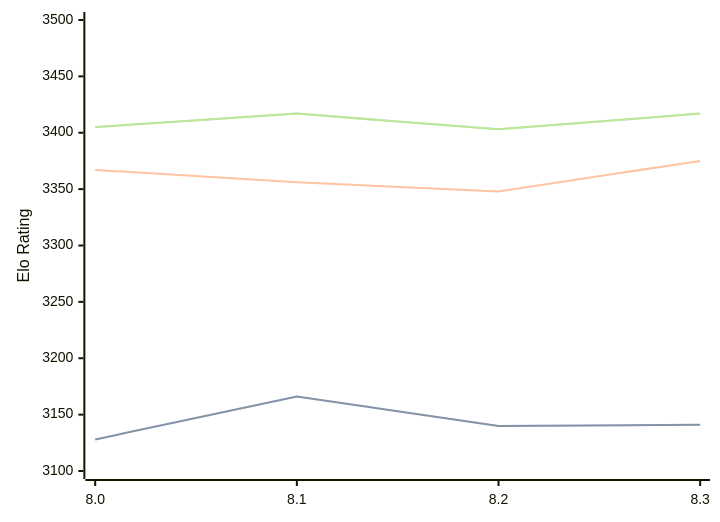
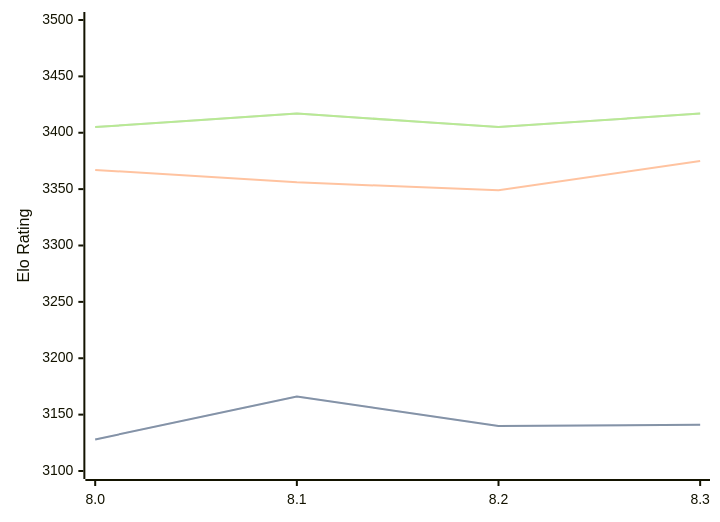
Before and after one commit to computer-chess-index/cci: the third of 3 diagrams in engines/Alexander.md, drawn with Mermaid. The commit also changed other lines of this file, not shown here.

Commit message:
Update CCI Ratings (ELO VLTC) - 2026-07-11

````diff
--- a/engines/Alexander.md
+++ b/engines/Alexander.md
@@ -81,11 +81,11 @@
 ```mermaid
 %%{init: {"theme":"base","themeVariables":{"seriesColors:['#a3a3a3','#222221','#faa371']}}}%%
 xychart-beta
   x-axis ["8.0", "8.1", "8.2", "8.3"]
   y-axis "Elo Rating" 3100 --> 3500
   line "STC (8.0+0.08s)" [3128, 3166, 3140, 3141]
   line "STC (8.0+0.08s)" [3128, 3166, 3140, 3141]
-  line "LTC (60.0+0.60s)" [3367, 3356, 3348, 3375]
-  line "VLTC (2m24s+1.12s)" [3405, 3417, 3403, 3417]
-  line "VLTC (2m24s+1.12s)" [3405, 3417, 3403, 3417]
+  line "LTC (60.0+0.60s)" [3367, 3356, 3349, 3375]
+  line "VLTC (2m24s+1.12s)" [3405, 3417, 3405, 3417]
+  line "VLTC (2m24s+1.12s)" [3405, 3417, 3405, 3417]
 ```
````
